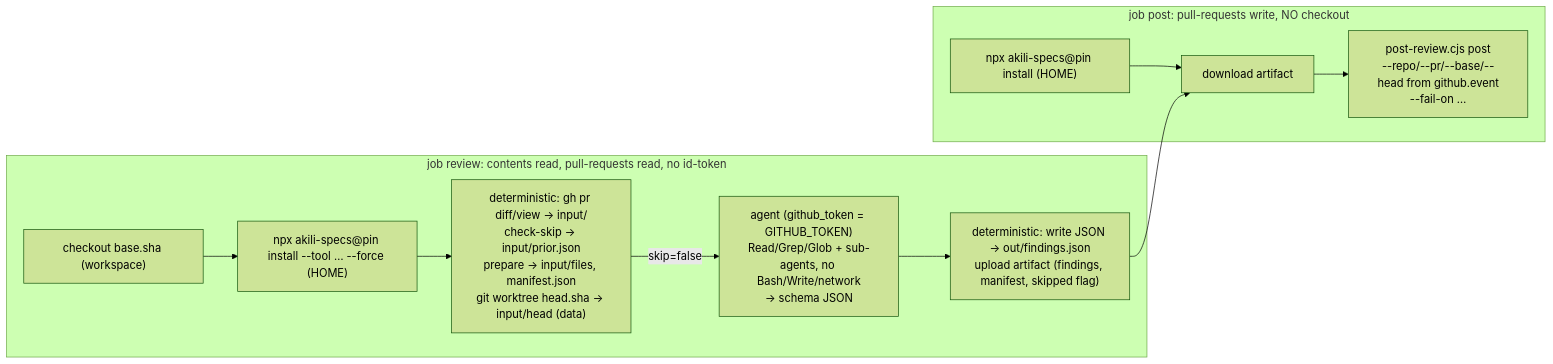
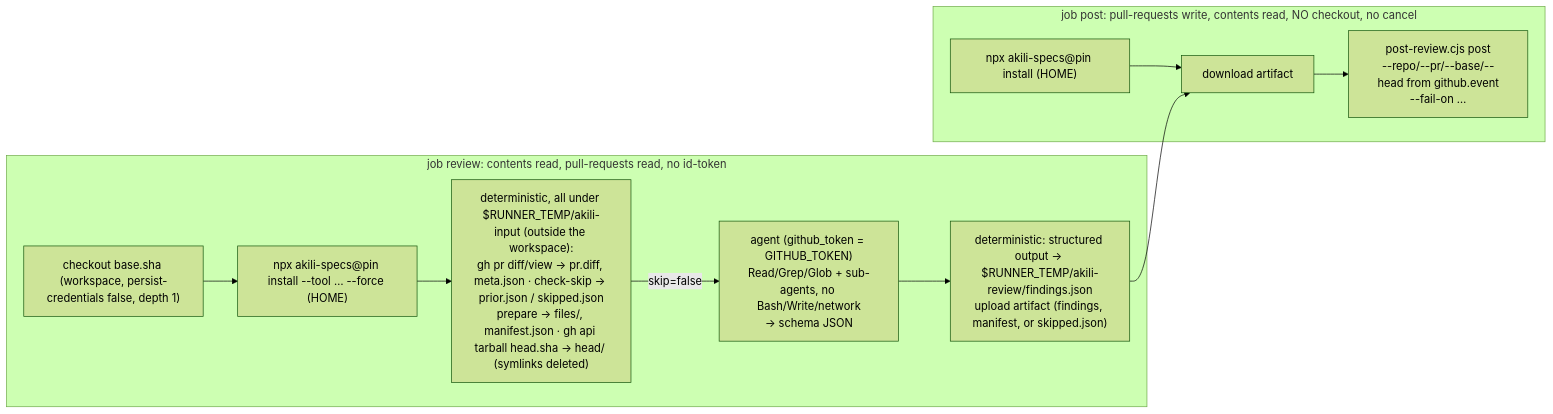
Before and after one commit to JuankCadavid/akili-specs: the second of 2 diagrams in docs/specs/changes/akili-review/design.md, drawn with Mermaid (forest theme). The commit also changed other lines of this file and 3 other files, not shown here.

Commit message:
[SPEC:changes/akili-review] judgment-day round-2 correction (R-A1..R-A9, R-B1..R-B8)

````diff
--- a/docs/specs/changes/akili-review/design.md
+++ b/docs/specs/changes/akili-review/design.md
@@ -62,13 +62,13 @@
 ```mermaid
 flowchart LR
   subgraph review["job review: contents read, pull-requests read, no id-token"]
-    C["checkout base.sha (workspace)"] --> I["npx akili-specs@pin install --tool … --force (HOME)"]
-    I --> IN["deterministic: gh pr diff/view → input/<br/>check-skip → input/prior.json<br/>prepare → input/files, manifest.json<br/>git worktree head.sha → input/head (data)"]
+    C["checkout base.sha (workspace, persist-credentials false, depth 1)"] --> I["npx akili-specs@pin install --tool … --force (HOME)"]
+    I --> IN["deterministic, all under $RUNNER_TEMP/akili-input (outside the workspace):<br/>gh pr diff/view → pr.diff, meta.json · check-skip → prior.json / skipped.json<br/>prepare → files/, manifest.json · gh api tarball head.sha → head/ (symlinks deleted)"]
     IN -->|skip=false| A["agent (github_token = GITHUB_TOKEN)<br/>Read/Grep/Glob + sub-agents, no Bash/Write/network<br/>→ schema JSON"]
-    A --> W["deterministic: write JSON → out/findings.json<br/>upload artifact (findings, manifest, skipped flag)"]
+    A --> W["deterministic: structured output → $RUNNER_TEMP/akili-review/findings.json<br/>upload artifact (findings, manifest, or skipped.json)"]
   end
-  subgraph post["job post: pull-requests write, NO checkout"]
+  subgraph post["job post: pull-requests write, contents read, NO checkout, no cancel"]
     I2["npx akili-specs@pin install (HOME)"] --> D["download artifact"] --> P2["post-review.cjs post<br/>--repo/--pr/--base/--head from github.event<br/>--fail-on …"]
   end
   W --> D
 ```
````
